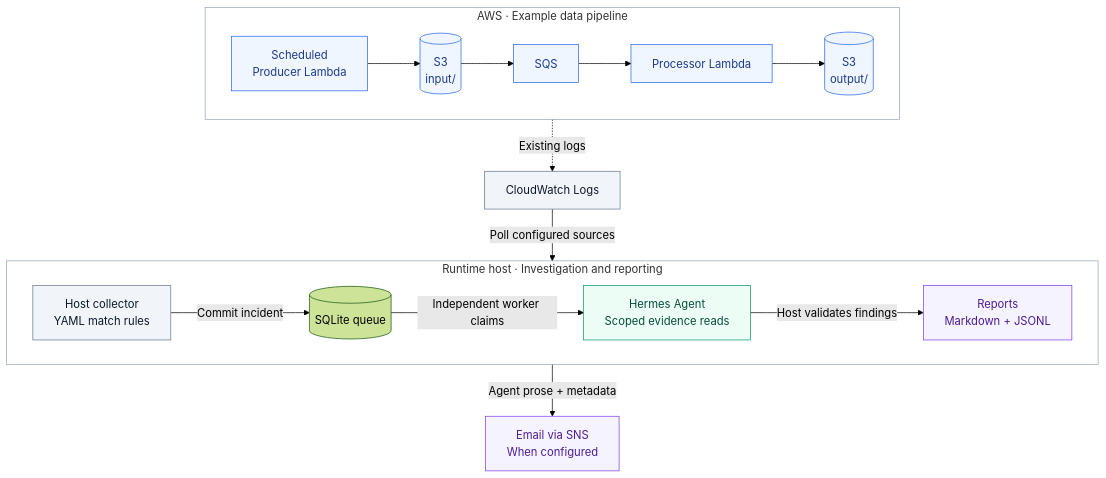
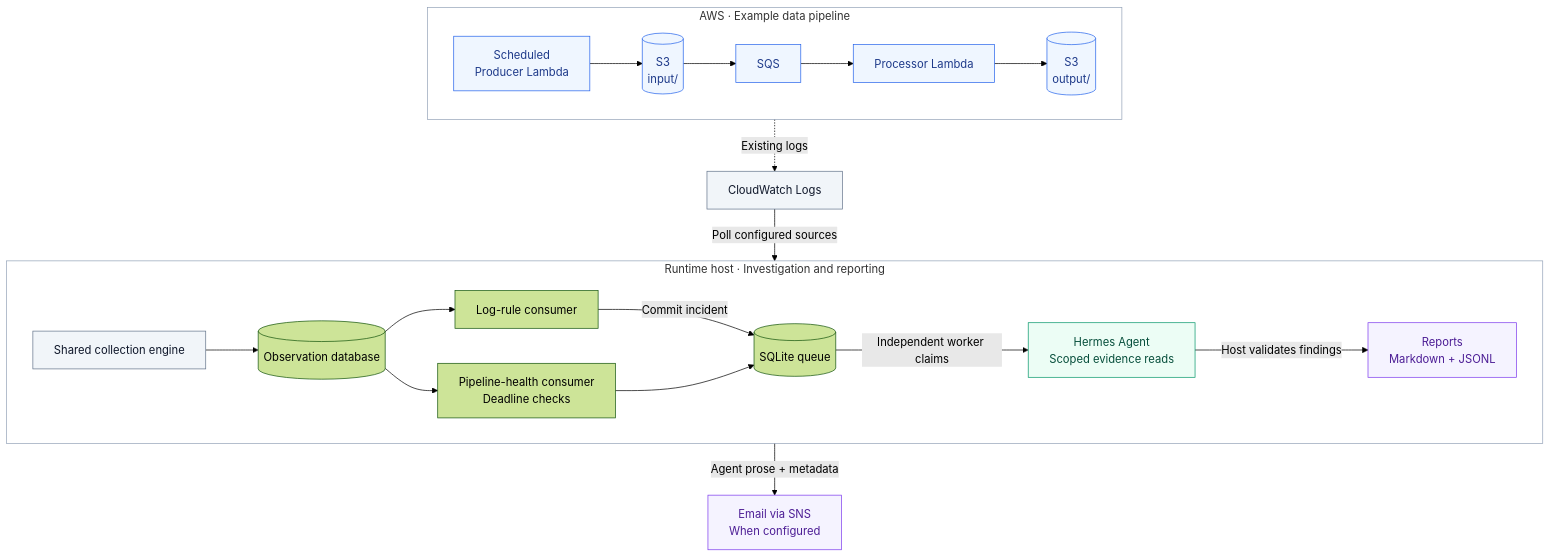
One commit to omhq/hermes-data-reliability changed the diagram in docs/ARCHITECTURE.md. Above: the diagram before and after it, drawn with Mermaid (forest theme). The commit also changed other lines of this file and 23 other files, not shown here.

````diff
--- a/docs/ARCHITECTURE.md
+++ b/docs/ARCHITECTURE.md
@@ -8,35 +8,41 @@
 ```mermaid
 flowchart TB
     subgraph pipeline["AWS · Example data pipeline"]
         direction LR
         producer["Scheduled<br/>Producer Lambda"] --> input[("S3<br/>input/")]
         input --> queue["SQS"]
         queue --> processor["Processor Lambda"]
         processor --> output[("S3<br/>output/")]
     end
 
     subgraph investigator["Runtime host · Investigation and reporting"]
         direction LR
-        collector["Host collector<br/>YAML match rules"]
+        collector["Shared collection engine"]
+        events[("Observation database")]
+        rules["Log-rule consumer"]
+        collector --> events
+        events --> rules
         agent["Hermes Agent<br/>Scoped evidence reads"]
         reports["Reports<br/>Markdown + JSONL"]
-        collector -->|Commit incident| database[("SQLite queue")]
+        rules -->|Commit incident| database[("SQLite queue")]
+        checks["Pipeline-health consumer<br/>Deadline checks"] --> database
+        events --> checks
         database -->|Independent worker claims| agent
         agent -->|Host validates findings| reports
     end
 
     pipeline -.->|Existing logs| logs["CloudWatch Logs"]
     logs -->|Poll configured sources| investigator
     investigator -->|Agent prose + metadata| email["Email via SNS<br/>When configured"]
 
     classDef pipeline fill:#eff6ff,stroke:#2563eb,color:#1e3a8a
     classDef observe fill:#f1f5f9,stroke:#64748b,color:#0f172a
     classDef agent fill:#ecfdf5,stroke:#059669,color:#064e3b
     classDef report fill:#f5f3ff,stroke:#7c3aed,color:#4c1d95
     class producer,input,queue,processor,output pipeline
     class logs,collector observe
     class agent agent
     class reports,email report
     style pipeline fill:transparent,stroke:#94a3b8
     style investigator fill:transparent,stroke:#94a3b8
 ```
````
